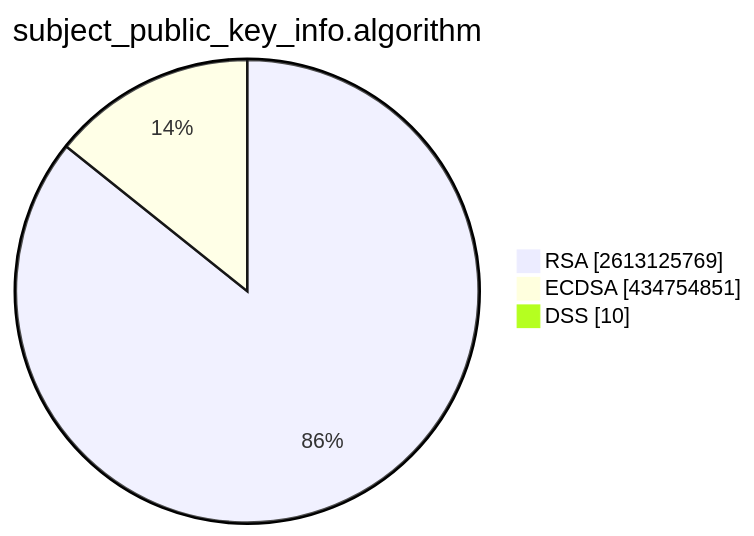
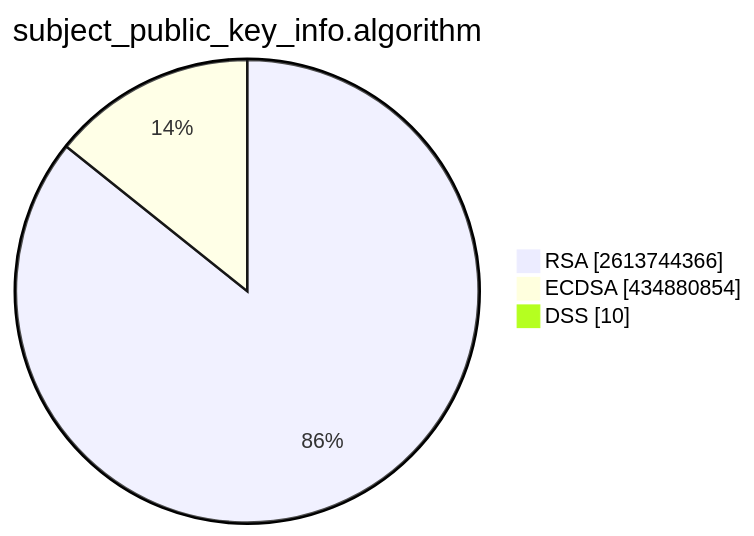
Before and after one commit to christiankrug/ctmonitor_visualization: the second of 15 diagrams in TOTAL/README.md, drawn with Mermaid. The commit also changed other lines of this file, not shown here.

````diff
--- a/TOTAL/README.md
+++ b/TOTAL/README.md
@@ -6,7 +6,7 @@
 ```mermaid
 pie showData
 title subject_public_key_info.algorithm
-"RSA" :2613125769
-"ECDSA" :434754851
+"RSA" :2613744366
+"ECDSA" :434880854
 "DSS" :10
 ```
````
